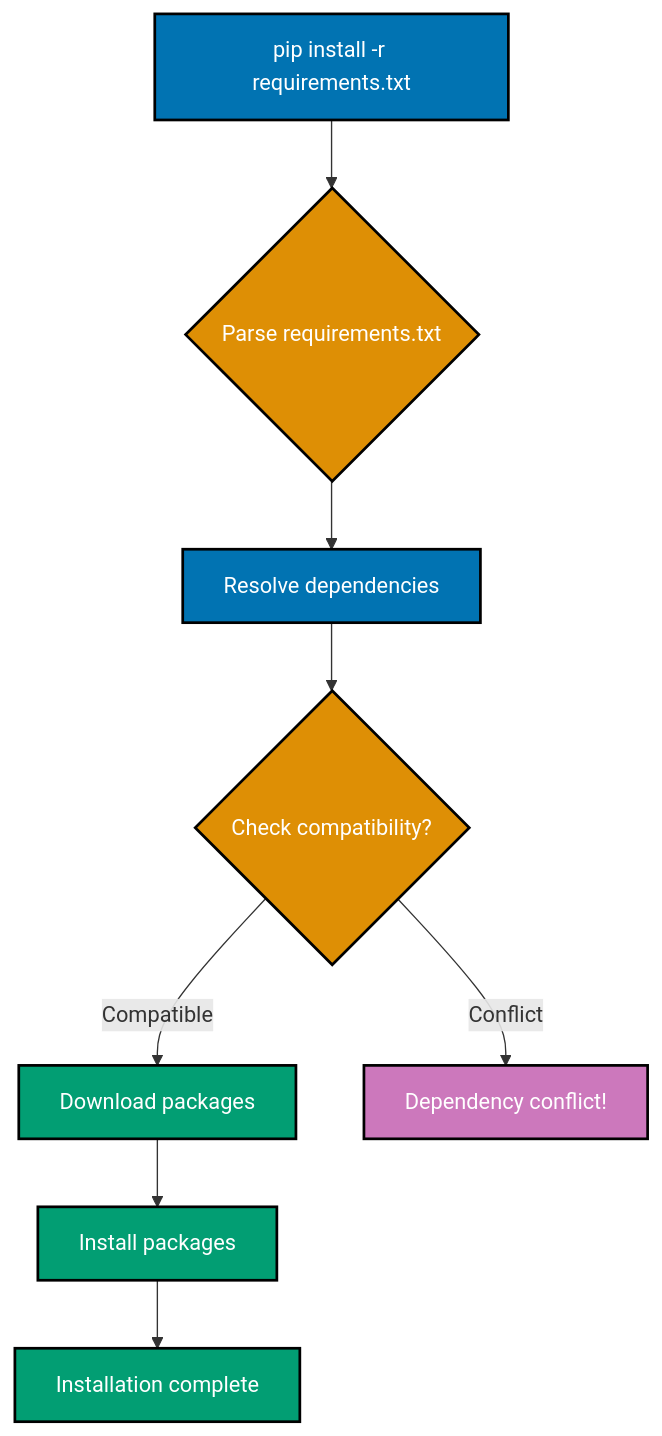
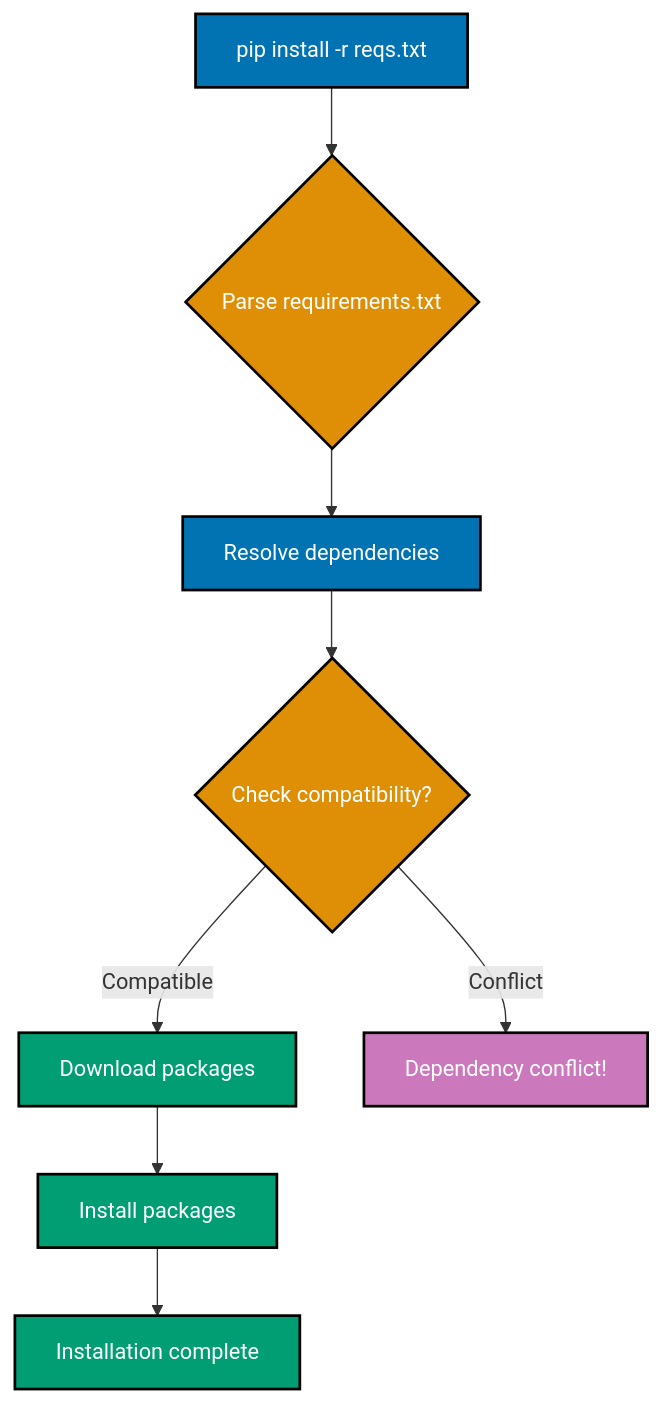
Before and after one commit to wahidyankf/ose-primer: the first of 6 diagrams in docs/explanation/software-engineering/programming-languages/python/modules-and-dependencies.md, drawn with Mermaid. The commit also changed other lines of this file and 12 other files, not shown here.

Commit message:
fix(docs): fix mermaid violations in python/ docs (batch 2/10)

````diff
--- a/docs/explanation/software-engineering/programming-languages/python/modules-and-dependencies.md
+++ b/docs/explanation/software-engineering/programming-languages/python/modules-and-dependencies.md
@@ -76,25 +76,25 @@
 ```mermaid
 %% Color Palette: Blue #0173B2, Orange #DE8F05, Teal #029E73, Purple #CC78BC, Brown #CA9161
 graph TD
-  A[pip install -r requirements.txt]:::blue
+  A[pip install -r reqs.txt]:::blue
   B{Parse requirements.txt}:::orange
   C[Resolve dependencies]:::blue
   D{Check compatibility?}:::orange
   E[Download packages]:::teal
   F[Install packages]:::teal
   G[Dependency conflict!]:::purple
   H[Installation complete]:::teal
 
   A --> B
   B --> C
   C --> D
   D -->|Compatible| E
   D -->|Conflict| G
   E --> F
   F --> H
 
   classDef blue fill:#0173B2,stroke:#000000,color:#FFFFFF,stroke-width:2px
   classDef orange fill:#DE8F05,stroke:#000000,color:#FFFFFF,stroke-width:2px
   classDef teal fill:#029E73,stroke:#000000,color:#FFFFFF,stroke-width:2px
   classDef purple fill:#CC78BC,stroke:#000000,color:#FFFFFF,stroke-width:2px
 ```
````
